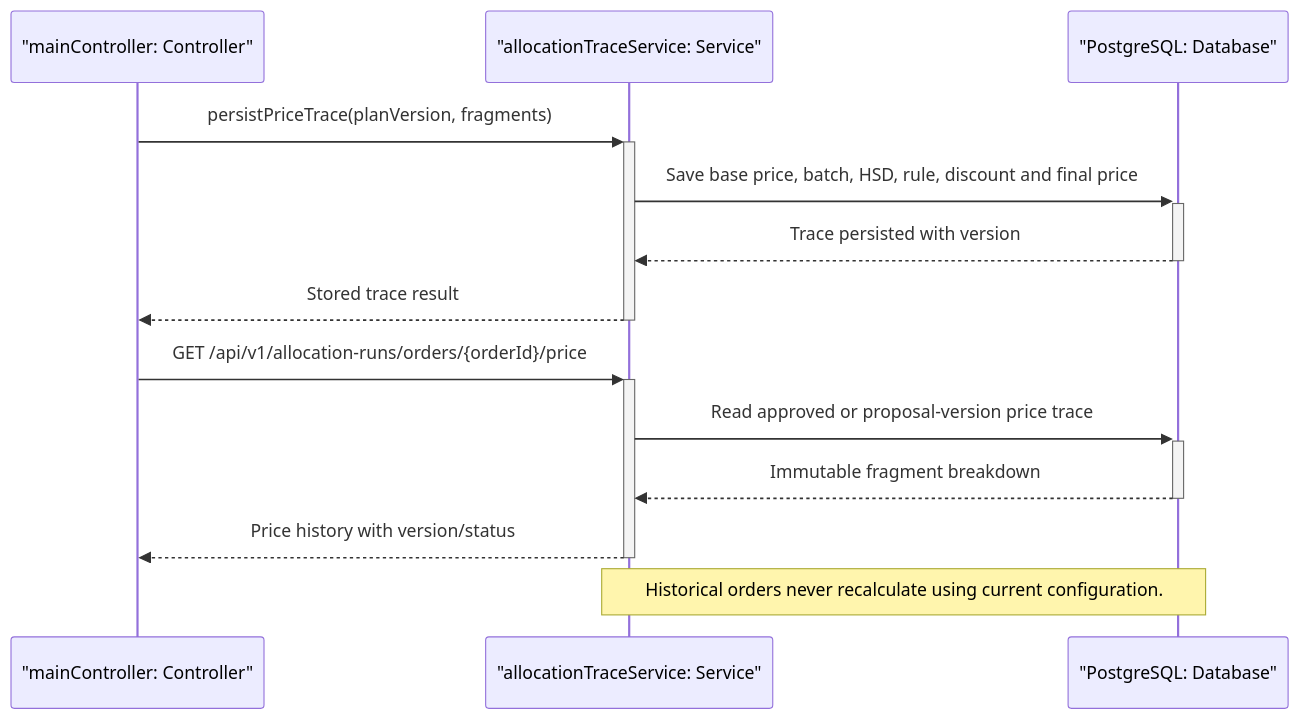
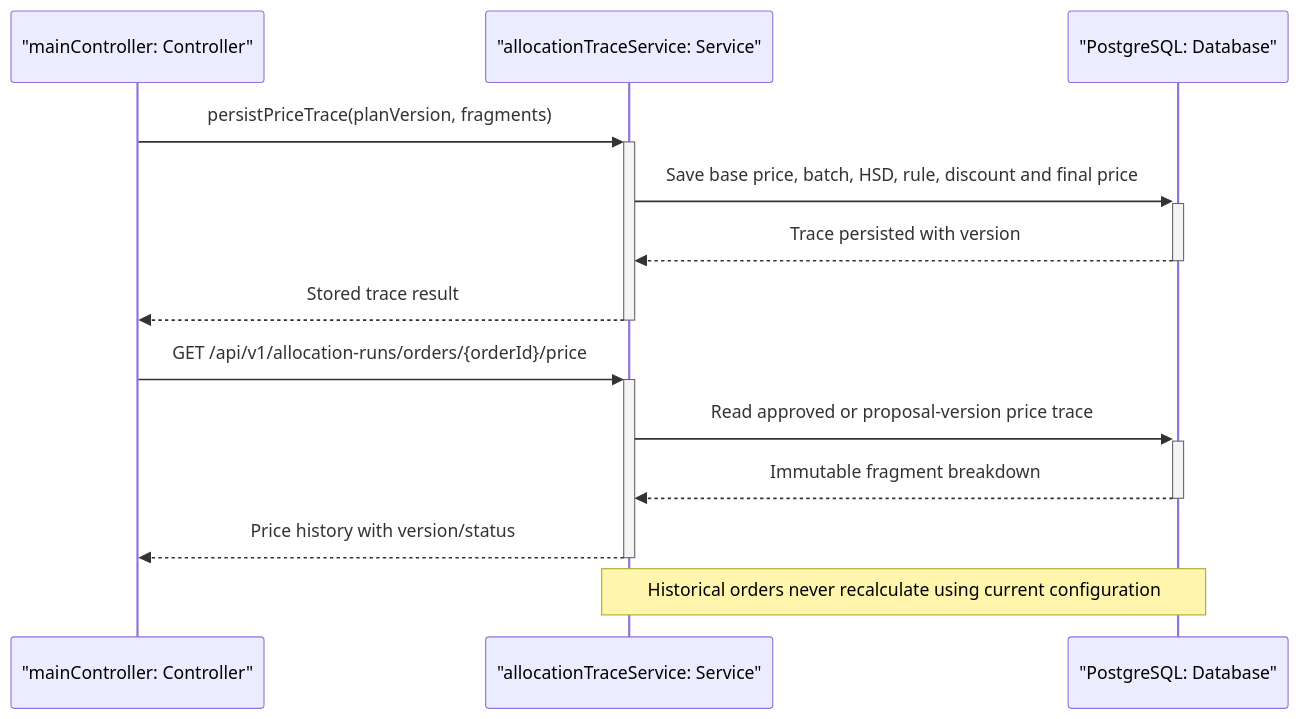
One commit to GFA26SE63/FSCM changed the diagram in .docs/diagrams/Sequence Diagram/Batch Pricing & Price Traceability Sequence Diagram/3.14.4-persist-and-retrieve-immutable-batch-price-trace.mmd. Above: the diagram before and after it, drawn with Mermaid. The commit also changed other lines of this file and 25 other files, not shown here.

Commit message:
fix(diagrams): sanitize mermaid note text

```diff
--- a/.docs/diagrams/Sequence Diagram/Batch Pricing & Price Traceability Sequence Diagram/3.14.4-persist-and-retrieve-immutable-batch-price-trace.mmd
+++ b/.docs/diagrams/Sequence Diagram/Batch Pricing & Price Traceability Sequence Diagram/3.14.4-persist-and-retrieve-immutable-batch-price-trace.mmd
@@ -1,13 +1,13 @@
 sequenceDiagram
 participant API as "mainController: Controller"
 participant Service as "allocationTraceService: Service"
 participant DB as "PostgreSQL: Database"
 API->>+Service: persistPriceTrace(planVersion, fragments)
 Service->>+DB: Save base price, batch, HSD, rule, discount and final price
 DB-->>-Service: Trace persisted with version
 Service-->>-API: Stored trace result
 API->>+Service: GET /api/v1/allocation-runs/orders/{orderId}/price
 Service->>+DB: Read approved or proposal-version price trace
 DB-->>-Service: Immutable fragment breakdown
 Service-->>-API: Price history with version/status
-Note over Service,DB: Historical orders never recalculate using current configuration.
+Note over Service,DB: Historical orders never recalculate using current configuration
```
